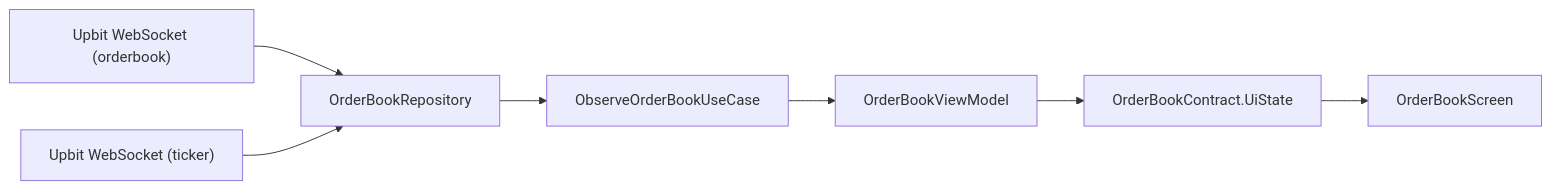
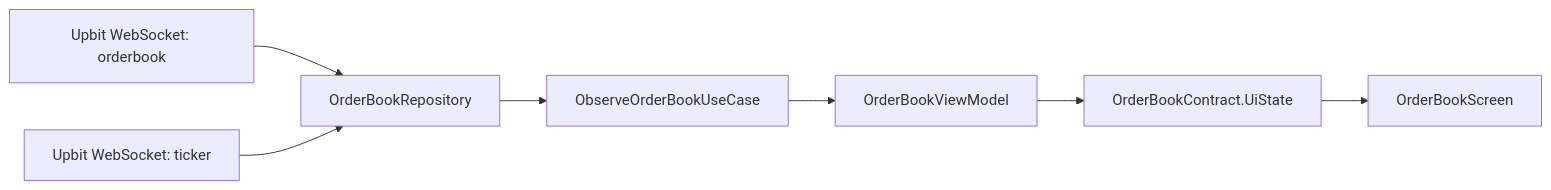
One commit to daryeou/crypto-orderbook changed the second of 2 diagrams in README.md. Above: the diagram before and after it, drawn with Mermaid. The commit also changed other lines of this file and 7 other files, not shown here.

````diff
--- a/README.md
+++ b/README.md
@@ -154,9 +184,9 @@
 ```mermaid
 graph LR
-    A["Upbit WebSocket (orderbook)"] --> C["OrderBookRepository"]
-    B["Upbit WebSocket (ticker)"] --> C
+    A["Upbit WebSocket: orderbook"] --> C["OrderBookRepository"]
+    B["Upbit WebSocket: ticker"] --> C
     C --> D["ObserveOrderBookUseCase"]
     D --> E["OrderBookViewModel"]
     E --> F["OrderBookContract.UiState"]
     F --> G["OrderBookScreen"]
 ```
````
